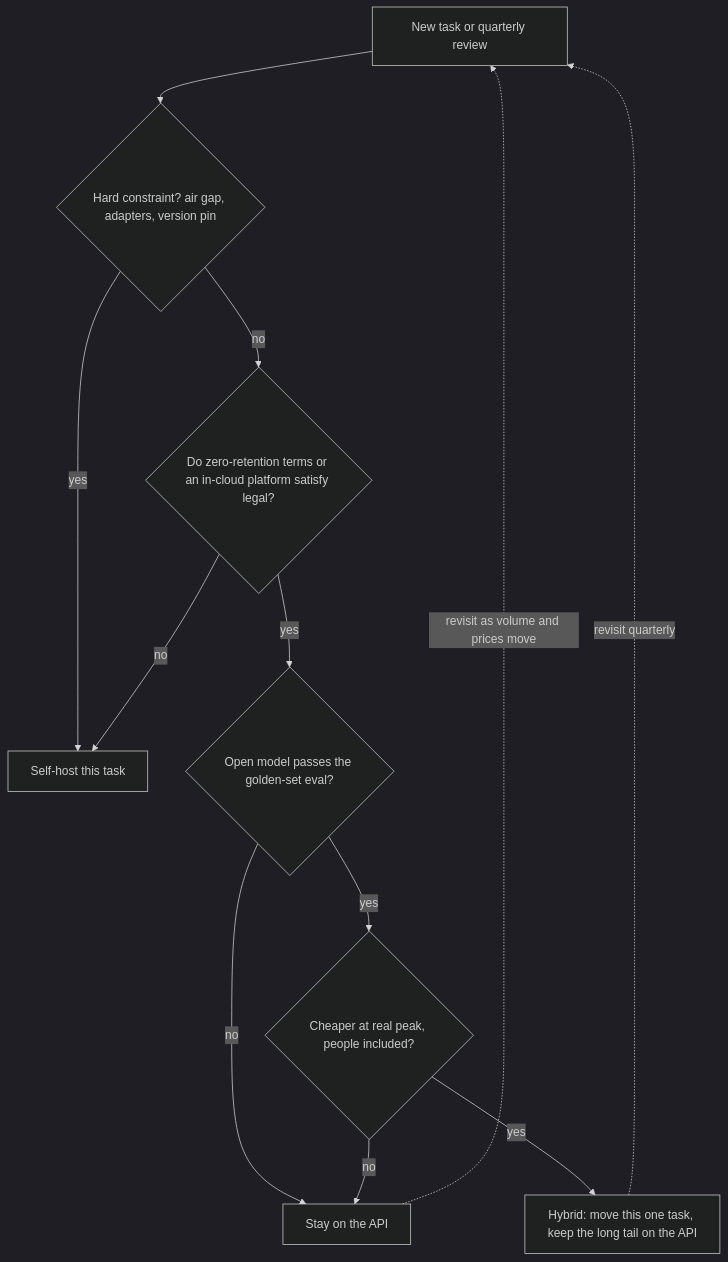
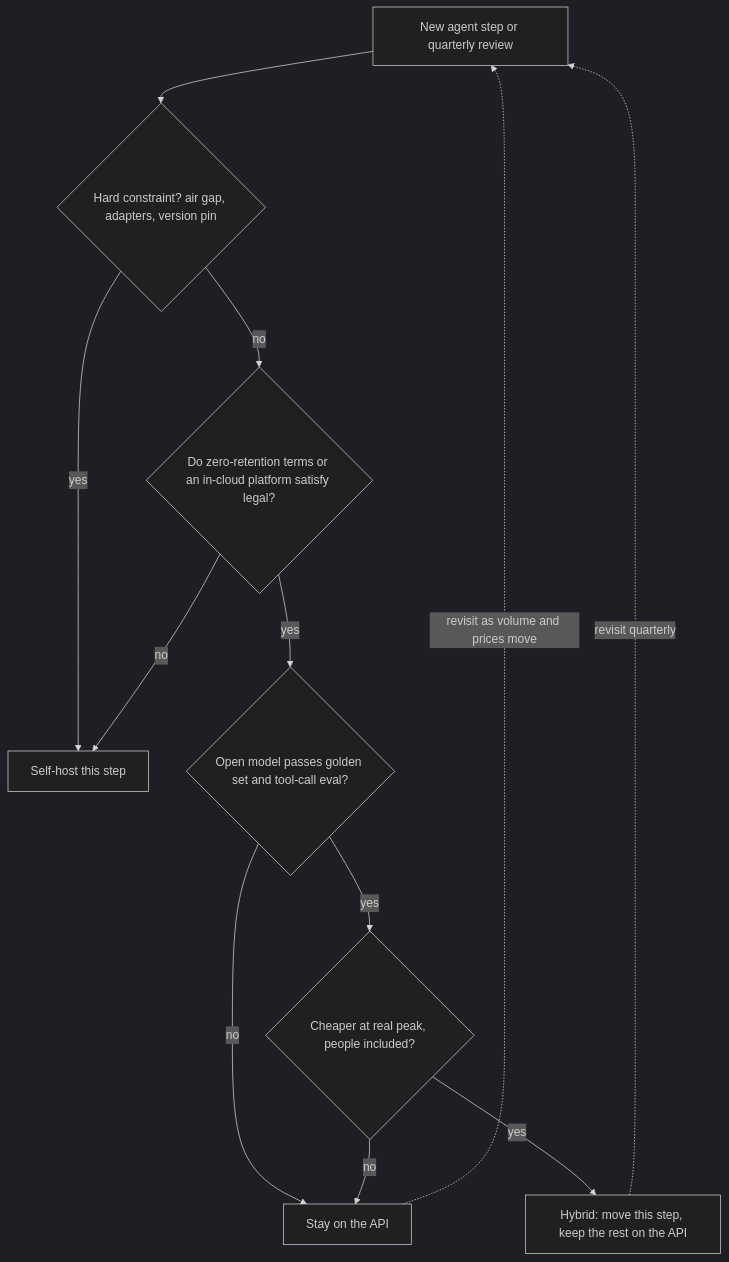
Before and after one commit to lovishmahajan97/agentic-learning: the diagram in content/system-design/self-host-vs-api.md, drawn with Mermaid (dark theme). The commit also changed other lines of this file and 266 other files, not shown here.

````diff
--- a/content/system-design/self-host-vs-api.md
+++ b/content/system-design/self-host-vs-api.md
@@ -109,14 +137,14 @@
 ```mermaid
 flowchart TD
-    S["New task or quarterly review"] --> C{"Hard constraint? air gap, adapters, version pin"}
-    C -->|"yes"| H["Self-host this task"]
+    S["New agent step or quarterly review"] --> C{"Hard constraint? air gap, adapters, version pin"}
+    C -->|"yes"| H["Self-host this step"]
     C -->|"no"| T{"Do zero-retention terms or an in-cloud platform satisfy legal?"}
     T -->|"no"| H
-    T -->|"yes"| E{"Open model passes the golden-set eval?"}
+    T -->|"yes"| E{"Open model passes golden set and tool-call eval?"}
     E -->|"no"| A["Stay on the API"]
     E -->|"yes"| U{"Cheaper at real peak, people included?"}
     U -->|"no"| A
-    U -->|"yes"| HY["Hybrid: move this one task, keep the long tail on the API"]
+    U -->|"yes"| HY["Hybrid: move this step, keep the rest on the API"]
     A -.->|"revisit as volume and prices move"| S
     HY -.->|"revisit quarterly"| S
 ```
````
